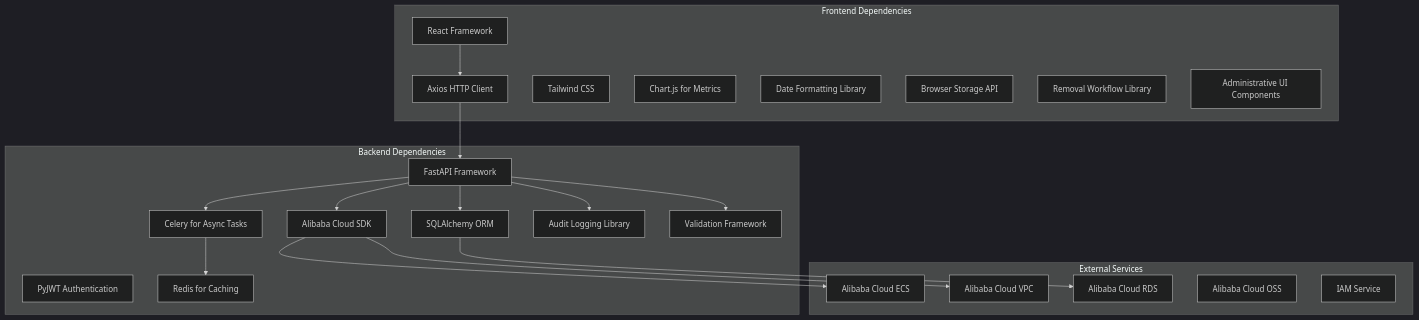
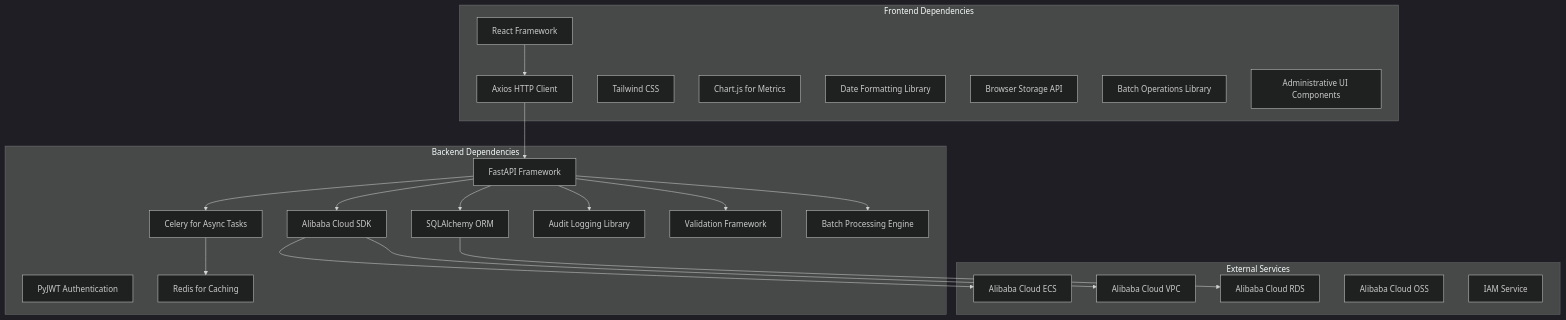
Before and after one commit to 14Lucifer/hackathon_ecs_creator: the sixth of 6 diagrams in .qoder/repowiki/en/content/Frontend Development/Page Components & Routing/Active Resource Monitoring.md, drawn with Mermaid (dark theme). The commit also changed other lines of this file and 96 other files, not shown here.

````diff
--- a/.qoder/repowiki/en/content/Frontend Development/Page Components & Routing/Active Resource Monitoring.md
+++ b/.qoder/repowiki/en/content/Frontend Development/Page Components & Routing/Active Resource Monitoring.md
@@ -504,41 +538,43 @@
 ```mermaid
 graph TB
 subgraph "Frontend Dependencies"
 React[React Framework]
 Axios[Axios HTTP Client]
 Tailwind[Tailwind CSS]
 ChartJS[Chart.js for Metrics]
 DateFns[Date Formatting Library]
 LocalStorage[Browser Storage API]
-RemovalLib[Removal Workflow Library]
+BatchLib[Batch Operations Library]
 AdminUI[Administrative UI Components]
 end
 subgraph "Backend Dependencies"
 FastAPI[FastAPI Framework]
 SQLAlchemy[SQLAlchemy ORM]
 PyJWT[PyJWT Authentication]
 AliyunSDK[Alibaba Cloud SDK]
 Celery[Celery for Async Tasks]
 Redis[Redis for Caching]
 AuditLib[Audit Logging Library]
 ValidationLib[Validation Framework]
+BatchProcessor[Batch Processing Engine]
 end
 subgraph "External Services"
 ECS[Alibaba Cloud ECS]
 VPC[Alibaba Cloud VPC]
 RDS[Alibaba Cloud RDS]
 S3[Alibaba Cloud OSS]
 IAM[IAM Service]
 end
 React --> Axios
 Axios --> FastAPI
 FastAPI --> SQLAlchemy
 FastAPI --> AliyunSDK
 FastAPI --> Celery
 FastAPI --> AuditLib
 FastAPI --> ValidationLib
+FastAPI --> BatchProcessor
 Celery --> Redis
 AliyunSDK --> ECS
 AliyunSDK --> VPC
 SQLAlchemy --> RDS
 ```
````
